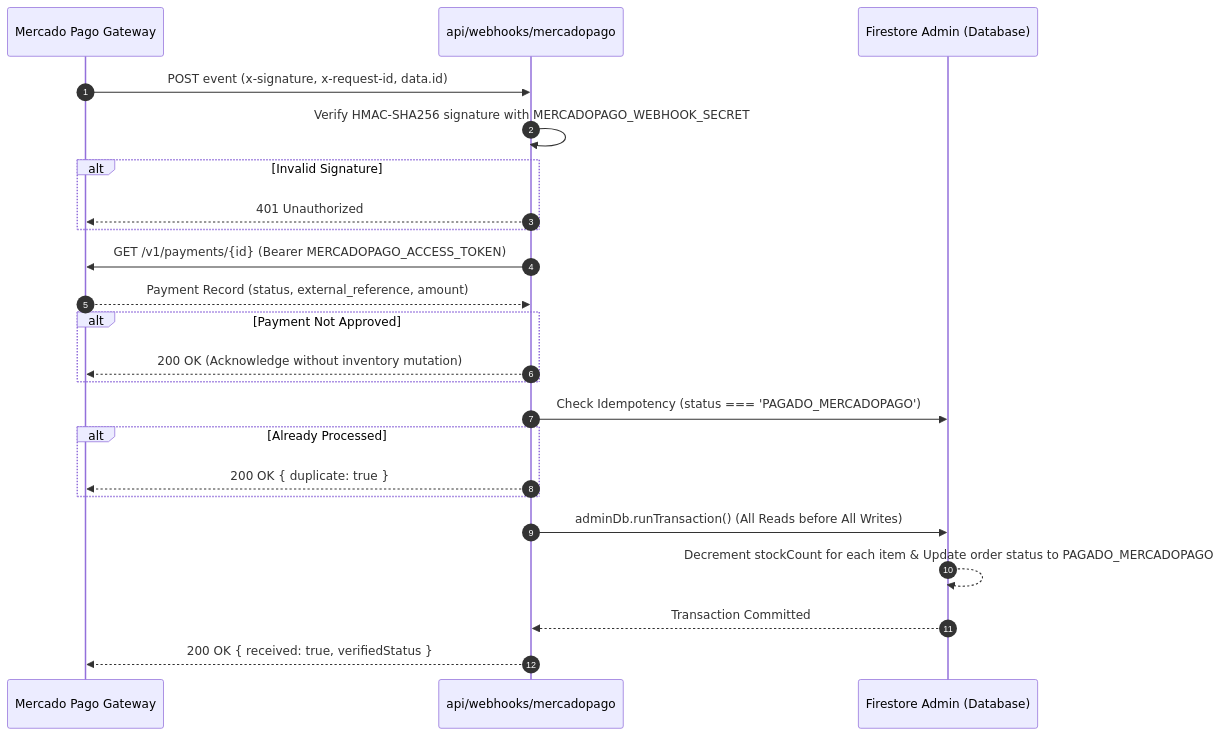
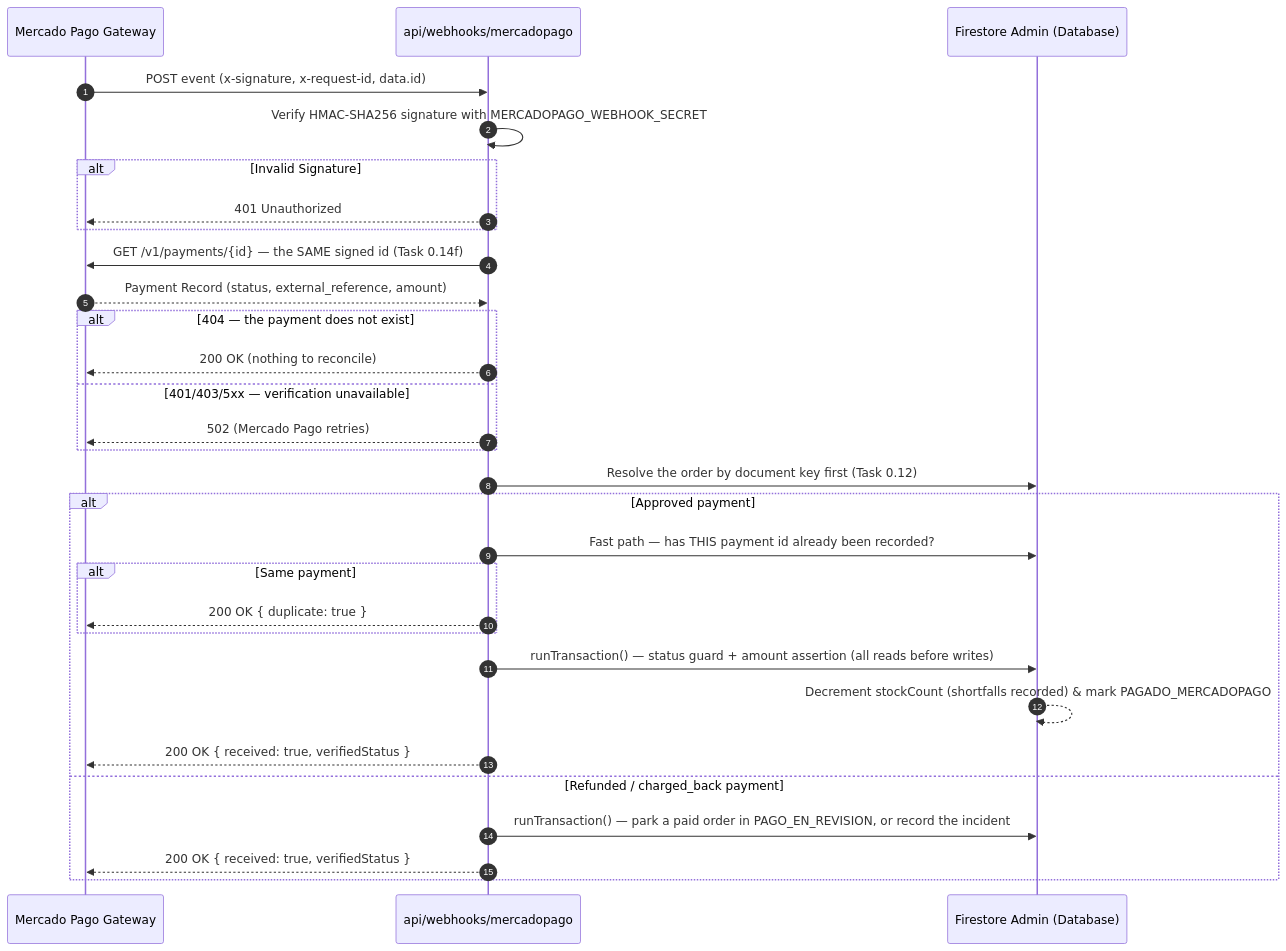
Before and after one commit to carlosjosemm/pronto-insumos: the diagram in api/AGENTS.md, drawn with Mermaid. The commit also changed other lines of this file and 15 other files, not shown here.

First line of the commit message:
fix(payments): reconcile the Mercado Pago webhook gaps (Task 0.14)

````diff
--- a/api/AGENTS.md
+++ b/api/AGENTS.md
@@ -64,26 +64,33 @@
 ```mermaid
 sequenceDiagram
     autonumber
     participant MP as Mercado Pago Gateway
     participant WH as api/webhooks/mercadopago
     participant FS as Firestore Admin (Database)
 
     MP->>WH: POST event (x-signature, x-request-id, data.id)
     WH->>WH: Verify HMAC-SHA256 signature with MERCADOPAGO_WEBHOOK_SECRET
     alt Invalid Signature
         WH-->>MP: 401 Unauthorized
     end
-    WH->>MP: GET /v1/payments/{id} (Bearer MERCADOPAGO_ACCESS_TOKEN)
+    WH->>MP: GET /v1/payments/{id} — the SAME signed id (Task 0.14f)
     MP-->>WH: Payment Record (status, external_reference, amount)
-    alt Payment Not Approved
-        WH-->>MP: 200 OK (Acknowledge without inventory mutation)
+    alt 404 — the payment does not exist
+        WH-->>MP: 200 OK (nothing to reconcile)
+    else 401/403/5xx — verification unavailable
+        WH-->>MP: 502 (Mercado Pago retries)
     end
-    WH->>FS: Check Idempotency (status === 'PAGADO_MERCADOPAGO')
-    alt Already Processed
-        WH-->>MP: 200 OK { duplicate: true }
+    WH->>FS: Resolve the order by document key first (Task 0.12)
+    alt Approved payment
+        WH->>FS: Fast path — has THIS payment id already been recorded?
+        alt Same payment
+            WH-->>MP: 200 OK { duplicate: true }
+        end
+        WH->>FS: runTransaction() — status guard + amount assertion (all reads before writes)
+        FS-->>FS: Decrement stockCount (shortfalls recorded) & mark PAGADO_MERCADOPAGO
+        WH-->>MP: 200 OK { received: true, verifiedStatus }
+    else Refunded / charged_back payment
+        WH->>FS: runTransaction() — park a paid order in PAGO_EN_REVISION, or record the incident
+        WH-->>MP: 200 OK { received: true, verifiedStatus }
     end
-    WH->>FS: adminDb.runTransaction() (All Reads before All Writes)
-    FS-->>FS: Decrement stockCount for each item & Update order status to PAGADO_MERCADOPAGO
-    FS-->>WH: Transaction Committed
-    WH-->>MP: 200 OK { received: true, verifiedStatus }
 ```
````
